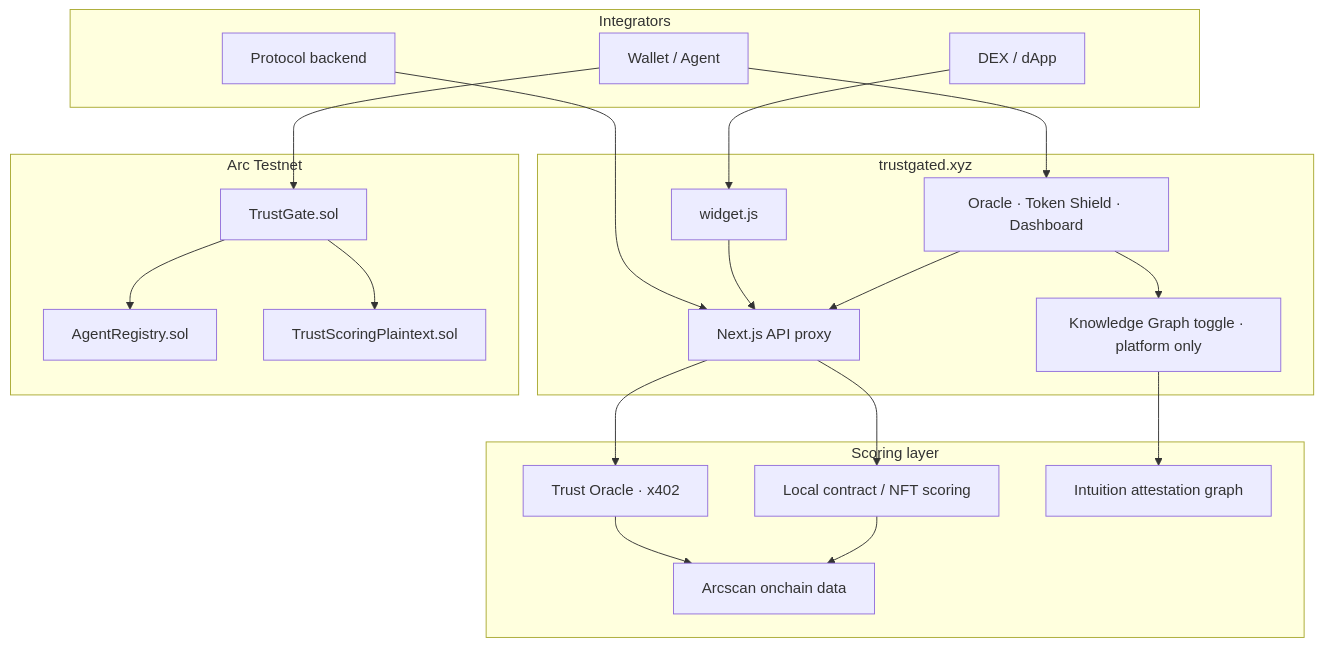
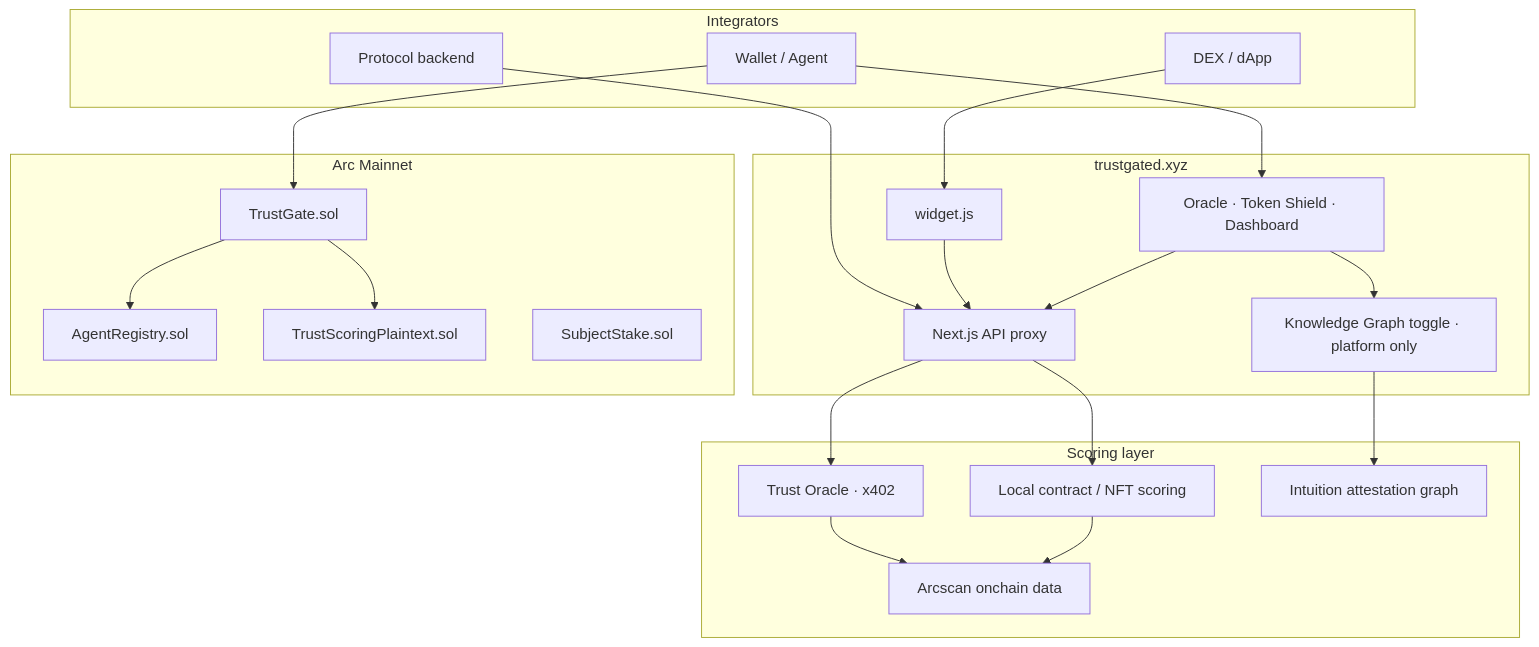
Before and after one commit to TrustInfra/TrustGate: the first of 4 diagrams in README.md, drawn with Mermaid. The commit also changed other lines of this file and 80 other files, not shown here.

````diff
--- a/README.md
+++ b/README.md
@@ -27,43 +27,44 @@
 ```mermaid
 flowchart TB
   subgraph integrators [Integrators]
     DEX[DEX / dApp]
     WAL[Wallet / Agent]
     DAO[Protocol backend]
   end
 
   subgraph trustgate_site [trustgated.xyz]
     UI[Oracle · Token Shield · Dashboard]
     WIDGET[widget.js]
     PROXY[Next.js API proxy]
     KG[Knowledge Graph toggle · platform only]
   end
 
   subgraph scoring [Scoring layer]
     ORACLE[Trust Oracle · x402]
     LOCAL[Local contract / NFT scoring]
     ARC[Arcscan onchain data]
     INTUITION[Intuition attestation graph]
   end
 
-  subgraph chain [Arc Testnet]
+  subgraph chain [Arc Mainnet]
     TG[TrustGate.sol]
     AR[AgentRegistry.sol]
     TS[TrustScoringPlaintext.sol]
+    SS[SubjectStake.sol]
   end
 
   DEX --> WIDGET
   WAL --> UI
   DAO --> PROXY
   WIDGET --> PROXY
   UI --> PROXY
   PROXY --> ORACLE
   PROXY --> LOCAL
   ORACLE --> ARC
   LOCAL --> ARC
   UI --> KG
   KG --> INTUITION
   TG --> TS
   TG --> AR
   WAL --> TG
 ```
````
